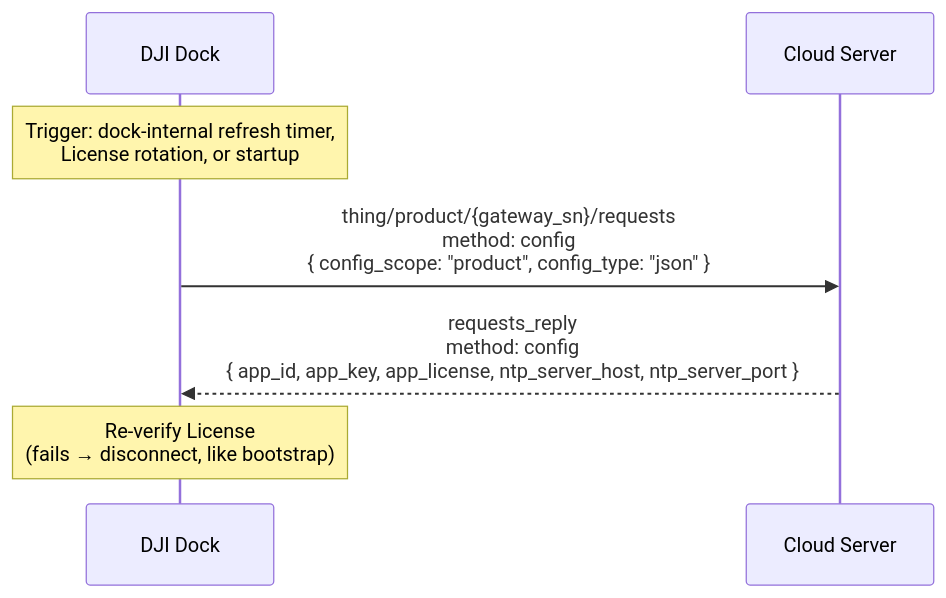
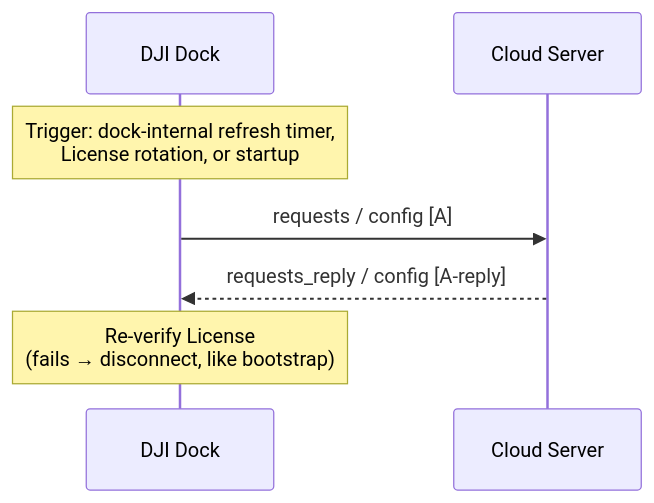
Before and after one commit to larry-watkins-wps/DJI-docs-master: the second of 2 diagrams in master-docs/workflows/firmware-and-config-update.md, drawn with Mermaid. The commit also changed other lines of this file and 10 other files, not shown here.

First line of the commit message:
docs: beautify workflow mermaid diagrams with separate JSON payload blocks

````diff
--- a/master-docs/workflows/firmware-and-config-update.md
+++ b/master-docs/workflows/firmware-and-config-update.md
@@ -106,12 +184,12 @@
 ```mermaid
 sequenceDiagram
     participant dock as DJI Dock
     participant cloud as Cloud Server
 
     note over dock: Trigger: dock-internal refresh timer,<br/>License rotation, or startup
 
-    dock ->> cloud: thing/product/{gateway_sn}/requests<br/>method: config<br/>{ config_scope: "product", config_type: "json" }
-    cloud -->> dock: requests_reply<br/>method: config<br/>{ app_id, app_key, app_license, ntp_server_host, ntp_server_port }
+    dock ->> cloud: requests / config   [A]
+    cloud -->> dock: requests_reply / config   [A-reply]
 
     note over dock: Re-verify License<br/>(fails → disconnect, like bootstrap)
 ```
````
